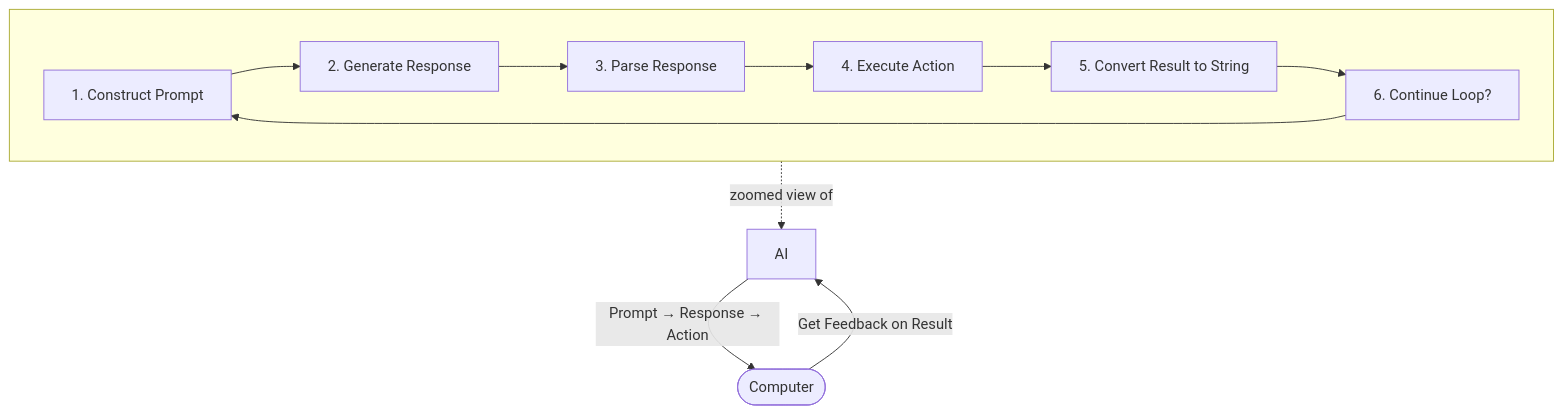
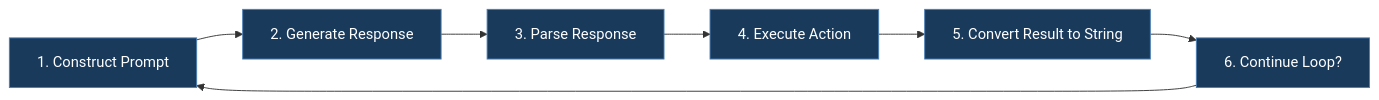
The second of 4 diagrams in 01-agentic-ai-concepts.md (WhatIfWeDigDeeper/typescript-ai-agents-course), drawn with Mermaid before and after one commit. The commit also changed other lines of this file, not shown here.

Commit message:
docs: diagram mods

````diff
--- a/01-agentic-ai-concepts.md
+++ b/01-agentic-ai-concepts.md
@@ -43,15 +48,16 @@
 ```mermaid
-flowchart TD
-    subgraph Inner[" "]
-        S1[1. Construct Prompt] --> S2[2. Generate Response]
-        S2 --> S3[3. Parse Response]
-        S3 --> S4[4. Execute Action]
-        S4 --> S5[5. Convert Result to String]
-        S5 --> S6[6. Continue Loop?]
-        S6 --> S1
-    end
+flowchart LR
+    S1[1. Construct Prompt] --> S2[2. Generate Response]
+    S2 --> S3[3. Parse Response]
+    S3 --> S4[4. Execute Action]
+    S4 --> S5[5. Convert Result to String]
+    S5 --> S6[6. Continue Loop?]
+    S6 --> S1
 
-    AI[AI] -->|Prompt → Response → Action| Computer([Computer])
-    Computer -->|Get Feedback on Result| AI
-    Inner -.->|zoomed view of| AI
+    style S1 fill:#1a3a5c,stroke:#4a7fb5,color:#fff
+    style S2 fill:#1a3a5c,stroke:#4a7fb5,color:#fff
+    style S3 fill:#1a3a5c,stroke:#4a7fb5,color:#fff
+    style S4 fill:#1a3a5c,stroke:#4a7fb5,color:#fff
+    style S5 fill:#1a3a5c,stroke:#4a7fb5,color:#fff
+    style S6 fill:#1a3a5c,stroke:#4a7fb5,color:#fff
 ```
````
